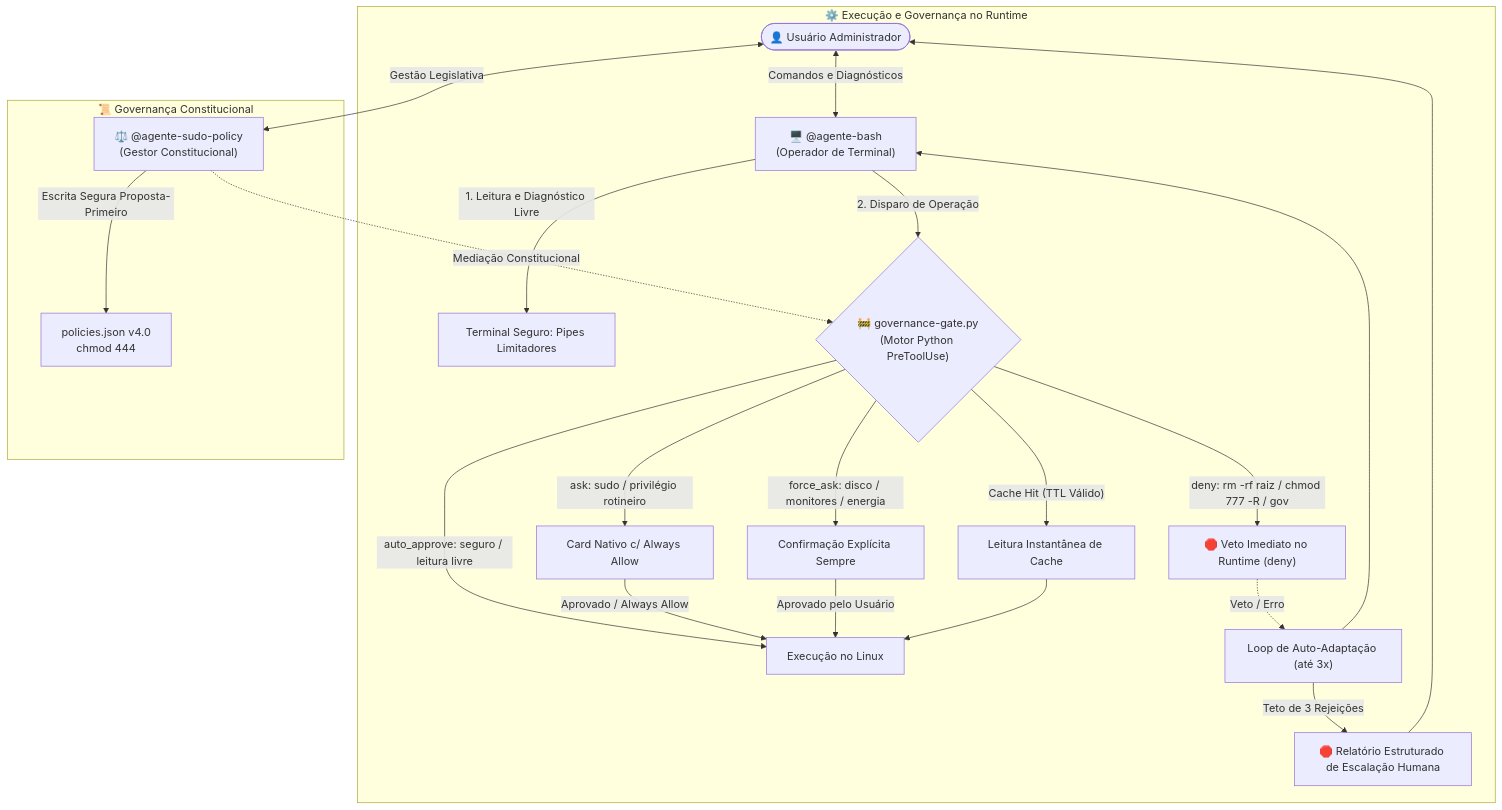
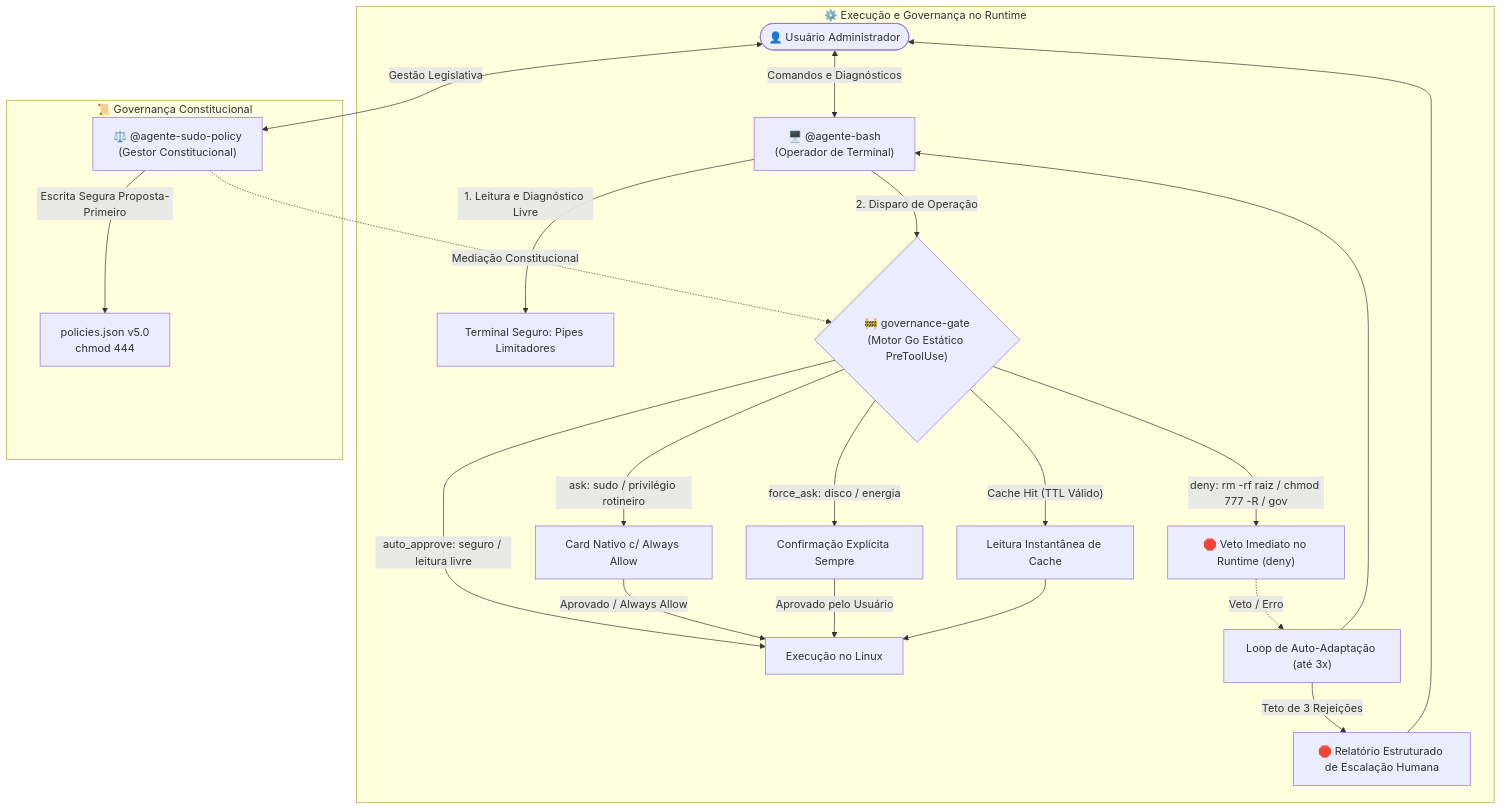
Before and after one commit to nickarab/bash-sudo-agents: the diagram in README.md, drawn with Mermaid. The commit also changed other lines of this file and 43 other files, not shown here.

````diff
--- a/README.md
+++ b/README.md
@@ -73,30 +73,30 @@
 ```mermaid
 flowchart TD
     User(["👤 Usuário Administrador"]) <-->|"Comandos e Diagnósticos"| Bash["🖥️ @agente-bash<br/>(Operador de Terminal)"]
     
     subgraph Governed["⚙️ Execução e Governança no Runtime"]
         Bash -->|"1. Leitura e Diagnóstico Livre"| TermBash["Terminal Seguro: Pipes Limitadores"]
-        Bash -->|"2. Disparo de Operação"| Gate{"🚧 governance-gate.py<br/>(Motor Python PreToolUse)"}
+        Bash -->|"2. Disparo de Operação"| Gate{"🚧 governance-gate<br/>(Motor Go Estático PreToolUse)"}
         
         Gate -->|"Cache Hit (TTL Válido)"| CacheRead["Leitura Instantânea de Cache"]
         Gate -->|"auto_approve: seguro / leitura livre"| OSExec["Execução no Linux"]
         Gate -->|"ask: sudo / privilégio rotineiro"| AskGrant["Card Nativo c/ Always Allow"]
-        Gate -->|"force_ask: disco / monitores / energia"| PromptUser["Confirmação Explícita Sempre"]
+        Gate -->|"force_ask: disco / energia"| PromptUser["Confirmação Explícita Sempre"]
         Gate -->|"deny: rm -rf raiz / chmod 777 -R / gov"| HardBlock["🛑 Veto Imediato no Runtime (deny)"]
         
         HardBlock -.->|"Veto / Erro"| LoopAdapt["Loop de Auto-Adaptação (até 3x)"]
         LoopAdapt --> Bash
         LoopAdapt -->|"Teto de 3 Rejeições"| Escalation["🛑 Relatório Estruturado de Escalação Humana"]
         Escalation --> User
         
         AskGrant -->|"Aprovado / Always Allow"| OSExec
         PromptUser -->|"Aprovado pelo Usuário"| OSExec
         CacheRead --> OSExec
     end
     
     subgraph Governance["📜 Governança Constitucional"]
         User <-->|"Gestão Legislativa"| Policy["⚖️ @agente-sudo-policy<br/>(Gestor Constitucional)"]
         Policy -.->|"Mediação Constitucional"| Gate
-        Policy -->|"Escrita Segura Proposta-Primeiro"| PoliciesFile["policies.json v4.0<br/>chmod 444"]
+        Policy -->|"Escrita Segura Proposta-Primeiro"| PoliciesFile["policies.json v5.0<br/>chmod 444"]
     end
 ```
````
